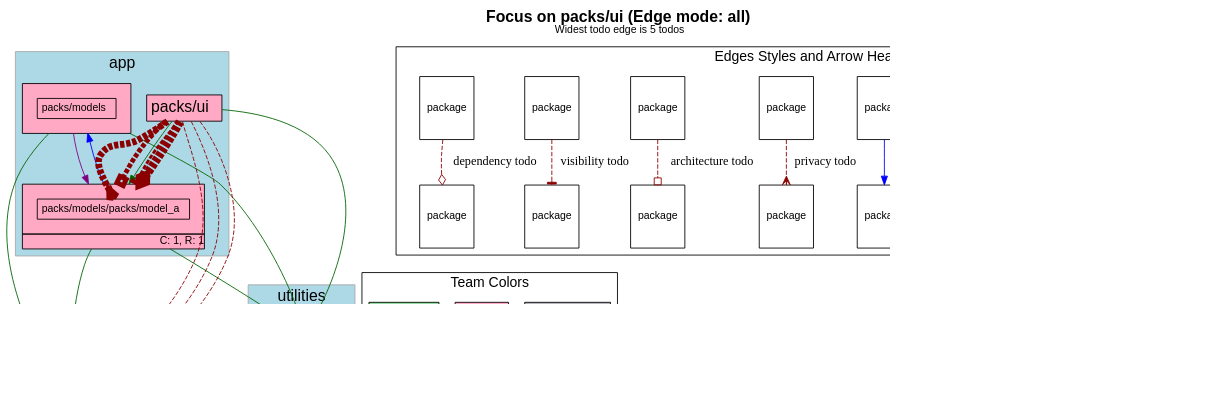
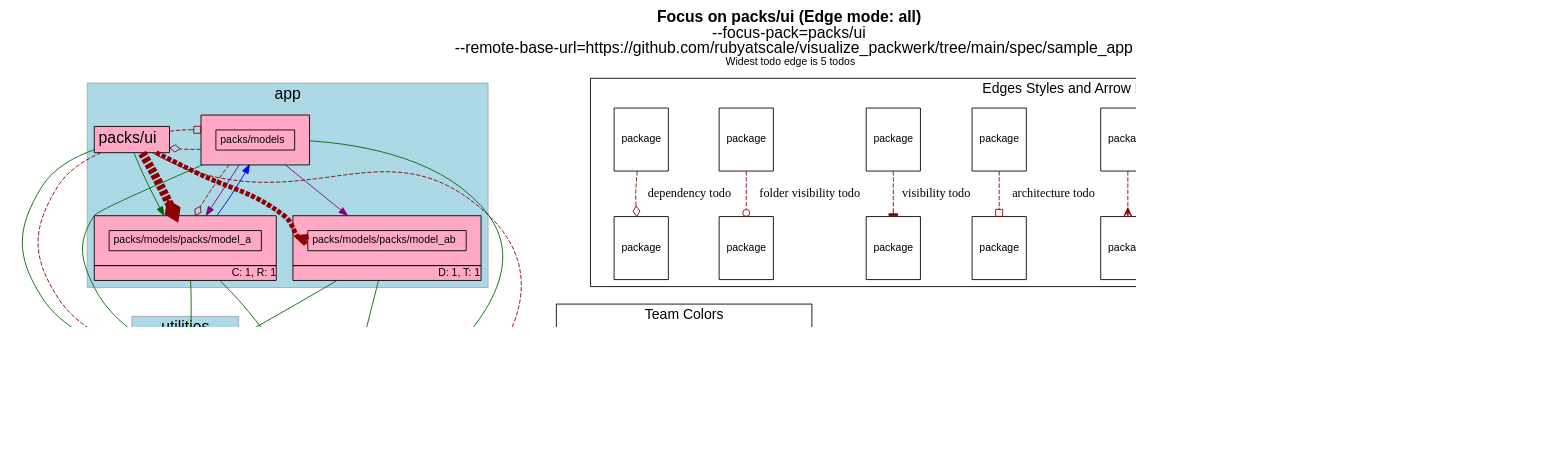
Before and after one commit to rubyatscale/visualize_packs: the diagram in spec/sample_app1/test_output/focussed_on_packs_ui.dot, drawn with Graphviz. The commit also changed 28 other files, not shown here.

First line of the commit message:
Folder visibility added (#58)

```diff
--- a/spec/sample_app1/test_output/focussed_on_packs_ui.dot
+++ b/spec/sample_app1/test_output/focussed_on_packs_ui.dot
@@ -5,7 +5,7 @@
     fontname="Helvetica,Arial,sans-serif"
     dpi=100
     layout=dot
-    label=<<b>Focus on packs/ui (Edge mode: all)</b><br/><font point-size='12'>Widest todo edge is 5 todos</font>>
+    label=<<b>Focus on packs/ui (Edge mode: all)</b><br/> --focus-pack=packs/ui<br/>--remote-base-url=https://github.com/rubyatscale/visualize_packwerk/tree/main/spec/sample_app<br/><font point-size='12'>Widest todo edge is 5 todos</font>>
     fontsize=18
   ]
   node [
@@ -58,6 +58,23 @@
               >
           ]
         
+        "packs/models/packs/model_ab" [
+            fontsize=12.0
+              URL="https://github.com/rubyatscale/visualize_packwerk/tree/main/spec/sample_app/packs/models/packs/model_ab"
+
+              style=filled
+              fillcolor="#FFA9C5"
+            label= <
+                <table border='0' cellborder='1' cellspacing='0' cellpadding='16'><tr><td>
+                  <table border='0' cellborder='1' cellspacing='0' cellpadding='4'>
+                    <tr> <td port='private'> packs/models/packs/model_ab </td> </tr>
+                  </table>
+                  </td></tr>
+                  <tr><td CELLPADDING='1' ALIGN='RIGHT'>D: 1, T: 1</td></tr>
+                  </table>
+              >
+          ]
+        
         "packs/ui" [
             fontsize=18.0
               URL="https://github.com/rubyatscale/visualize_packwerk/tree/main/spec/sample_app/packs/ui"
@@ -96,6 +113,7 @@
     }
               "packs/models" -> "packs/utility" [ style=invis ]
               "packs/models/packs/model_a" -> "packs/utility" [ style=invis ]
+              "packs/models/packs/model_ab" -> "packs/utility" [ style=invis ]
               "packs/ui" -> "packs/utility" [ style=invis ]
     subgraph NotInLayer {
       shape=box
@@ -122,44 +140,47 @@
           "packs/models" -> "." [ color=darkgreen ]
           "packs/models/packs/model_a" -> "packs/utility" [ color=darkgreen ]
           "packs/models/packs/model_a" -> "." [ color=darkgreen ]
+          "packs/models/packs/model_ab" -> "packs/utility" [ color=darkgreen ]
+          "packs/models/packs/model_ab" -> "." [ color=darkgreen ]
           "packs/ui" -> "packs/models/packs/model_a" [ color=darkgreen ]
           "packs/ui" -> "packs/utility" [ color=darkgreen ]
-            "packs/ui" -> "." [
+            "packs/models" -> "packs/ui" [
+                constraint=false
+              # headlabel="dependency"
+color=darkred style=dashed arrowhead=odiamond
+              penwidth=1.0            ]
+            "packs/models" -> "packs/models/packs/model_a" [
                 constraint=false
               # headlabel="dependency"
 color=darkred style=dashed arrowhead=odiamond
               penwidth=1.0            ]
             "packs/ui" -> "." [
                 constraint=false
-              # headlabel="architecture"
-color=darkred style=dashed arrowhead=obox
+              # headlabel="folder_visibility"
+color=darkred style=dashed arrowhead=odot
               penwidth=1.0            ]
-            "packs/ui" -> "." [
+            "packs/ui" -> "packs/utility" [
                 constraint=false
               # headlabel="visibility"
 color=darkred style=dashed arrowhead=tee
+              penwidth=1.0            ]
+            "packs/ui" -> "packs/models" [
+                constraint=false
+              # headlabel="architecture"
+color=darkred style=dashed arrowhead=obox
               penwidth=1.0            ]
             "packs/ui" -> "packs/models/packs/model_a" [
                 constraint=false
               # headlabel="dependency"
 color=darkred style=dashed arrowhead=odiamond
               penwidth=10.0            ]
-            "packs/ui" -> "packs/models/packs/model_a":private [
+            "packs/ui" -> "packs/models/packs/model_ab":private [
                 constraint=false
               # headlabel="privacy"
 color=darkred style=dashed arrowhead=crow
-              penwidth=7.75            ]
-            "packs/ui" -> "packs/models/packs/model_a" [
-                constraint=false
-              # headlabel="architecture"
-color=darkred style=dashed arrowhead=obox
               penwidth=5.5            ]
-            "packs/ui" -> "packs/models/packs/model_a" [
-                constraint=false
-              # headlabel="visibility"
-color=darkred style=dashed arrowhead=tee
-              penwidth=3.25            ]
           "packs/models" -> "packs/models/packs/model_a" [ color=purple ]
+          "packs/models" -> "packs/models/packs/model_ab" [ color=purple ]
         "packs/models/packs/model_a" -> "packs/models" [ color=blue constraint=false ]
     subgraph cluster_legend {
       fontsize=16
@@ -167,12 +188,12 @@
       A [ fontsize=12 shape=box label="package"]
       B [ fontsize=12 shape=box label="package"]
       A -> B [label="accepted dependency" color=darkgreen]
-      K [ fontsize=12 shape=box label="package"]
-      L [ fontsize=12 shape=box label="package"]
-      K -> L [label="nested package" color=purple]
       M [ fontsize=12 shape=box label="package"]
       N [ fontsize=12 shape=box label="package"]
-      M -> N [label="visibile to" color=blue]
+      M -> N [label="nested package" color=purple]
+      O [ fontsize=12 shape=box label="package"]
+      P [ fontsize=12 shape=box label="package"]
+      O -> P [label="visibile to" color=blue]
       C [ fontsize=12 shape=box label="package"]
       D [ fontsize=12 shape=box label="package"]
       C -> D [label="privacy todo" color=darkred style=dashed arrowhead=crow]
@@ -184,7 +205,10 @@
       G -> H [label="visibility todo" color=darkred style=dashed arrowhead=tee]
       I [ fontsize=12 shape=box label="package"]
       J [ fontsize=12 shape=box label="package"]
-      I -> J [label="dependency todo" color=darkred style=dashed arrowhead=odiamond]
+      I -> J [label="folder visibility todo" color=darkred style=dashed arrowhead=odot]
+      K [ fontsize=12 shape=box label="package"]
+      L [ fontsize=12 shape=box label="package"]
+      K -> L [label="dependency todo" color=darkred style=dashed arrowhead=odiamond]
       LEGEND_NODE_1 [ label="" peripheries=0 height=0 width=0 style=invis ]
       LEGEND_NODE_2 [ label="" peripheries=0 height=0 width=0 style=invis ]
       LEGEND_NODE_1 -> LEGEND_NODE_2 [ style=invis ]
```
